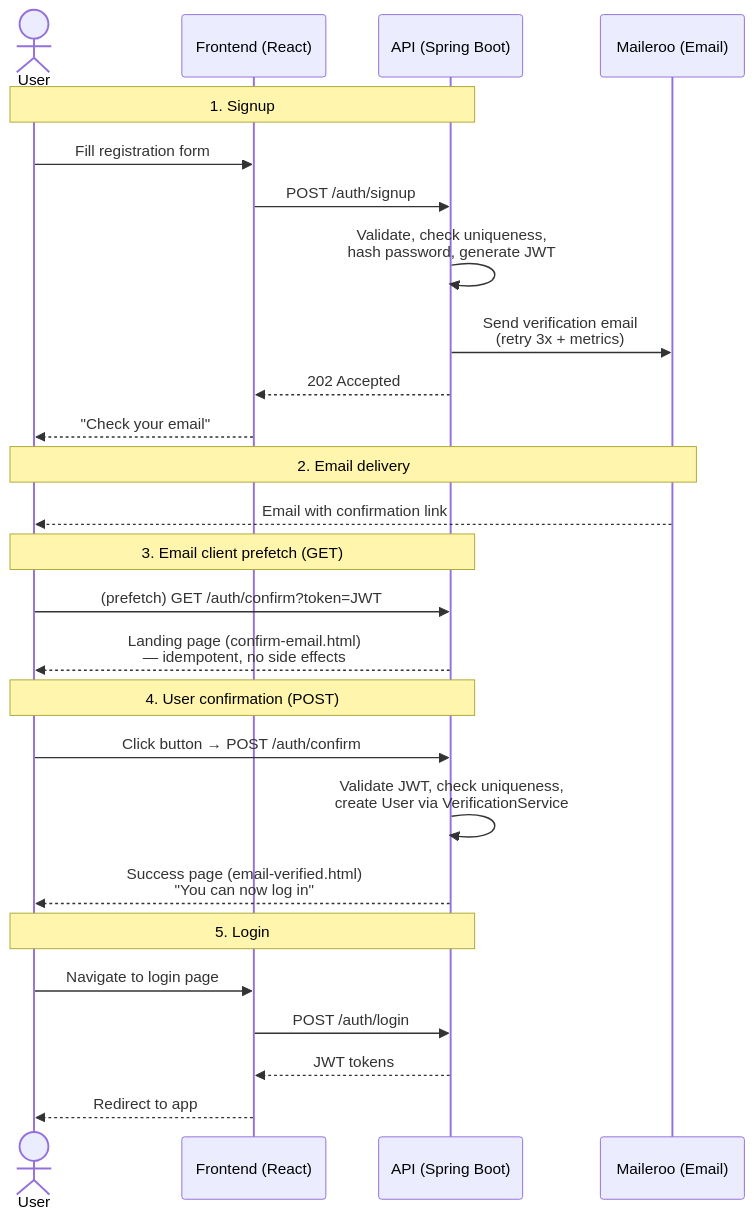
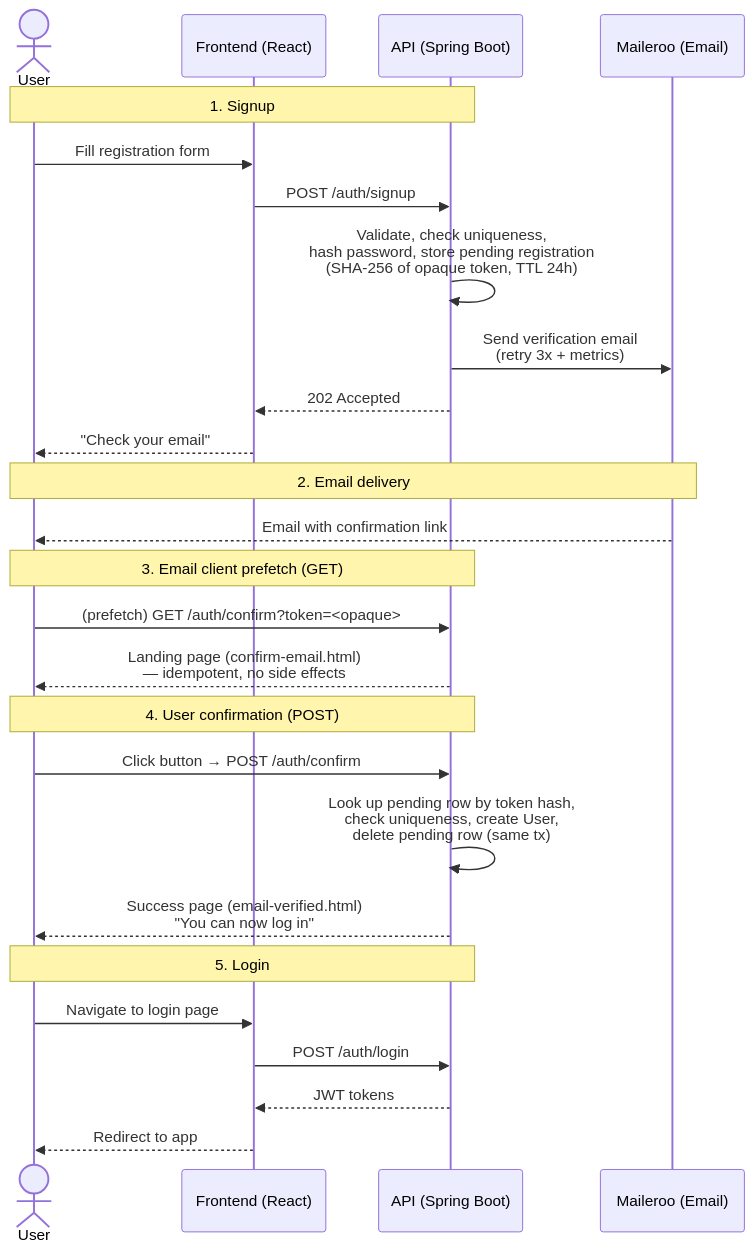
One commit to GIT-Marcos/flashcards changed the diagram in doc/api/email-verification-decision.md. Above: the diagram before and after it, drawn with Mermaid. The commit also changed other lines of this file and 23 other files, not shown here.

First line of the commit message:
feat(auth)!: replace JWT-embedded verification/reset with opaque tokens and fingerprints

````diff
--- a/doc/api/email-verification-decision.md
+++ b/doc/api/email-verification-decision.md
@@ -49,28 +49,28 @@
 ```mermaid
 sequenceDiagram
-    actor User
-    participant Frontend as Frontend (React)
-    participant API as API (Spring Boot)
-    participant Maileroo as Maileroo (Email)
-    Note over User, API: 1. Signup
-    User ->> Frontend: Fill registration form
-    Frontend ->> API: POST /auth/signup
-    API ->> API: Validate, check uniqueness,<br/>hash password, generate JWT
-    API ->> Maileroo: Send verification email<br/>(retry 3x + metrics)
-    API -->> Frontend: 202 Accepted
-    Frontend -->> User: "Check your email"
-    Note over User, Maileroo: 2. Email delivery
-    Maileroo -->> User: Email with confirmation link
-    Note over User, API: 3. Email client prefetch (GET)
-    User ->> API: (prefetch) GET /auth/confirm?token=JWT
-    API -->> User: Landing page (confirm-email.html)<br/>— idempotent, no side effects
-    Note over User, API: 4. User confirmation (POST)
-    User ->> API: Click button → POST /auth/confirm
-    API ->> API: Validate JWT, check uniqueness,<br/>create User via VerificationService
-    API -->> User: Success page (email-verified.html)<br/>"You can now log in"
-    Note over User, API: 5. Login
-    User ->> Frontend: Navigate to login page
-    Frontend ->> API: POST /auth/login
-    API -->> Frontend: JWT tokens
-    Frontend -->> User: Redirect to app
+  actor User
+  participant Frontend as Frontend (React)
+  participant API as API (Spring Boot)
+  participant Maileroo as Maileroo (Email)
+  Note over User, API: 1. Signup
+  User ->> Frontend: Fill registration form
+  Frontend ->> API: POST /auth/signup
+  API ->> API: Validate, check uniqueness,<br/>hash password, store pending registration<br/>(SHA-256 of opaque token, TTL 24h)
+  API ->> Maileroo: Send verification email<br/>(retry 3x + metrics)
+  API -->> Frontend: 202 Accepted
+  Frontend -->> User: "Check your email"
+  Note over User, Maileroo: 2. Email delivery
+  Maileroo -->> User: Email with confirmation link
+  Note over User, API: 3. Email client prefetch (GET)
+  User ->> API: (prefetch) GET /auth/confirm?token=<opaque>
+  API -->> User: Landing page (confirm-email.html)<br/>— idempotent, no side effects
+  Note over User, API: 4. User confirmation (POST)
+  User ->> API: Click button → POST /auth/confirm
+  API ->> API: Look up pending row by token hash,<br/>check uniqueness, create User,<br/>delete pending row (same tx)
+  API -->> User: Success page (email-verified.html)<br/>"You can now log in"
+  Note over User, API: 5. Login
+  User ->> Frontend: Navigate to login page
+  Frontend ->> API: POST /auth/login
+  API -->> Frontend: JWT tokens
+  Frontend -->> User: Redirect to app
 ```
````
